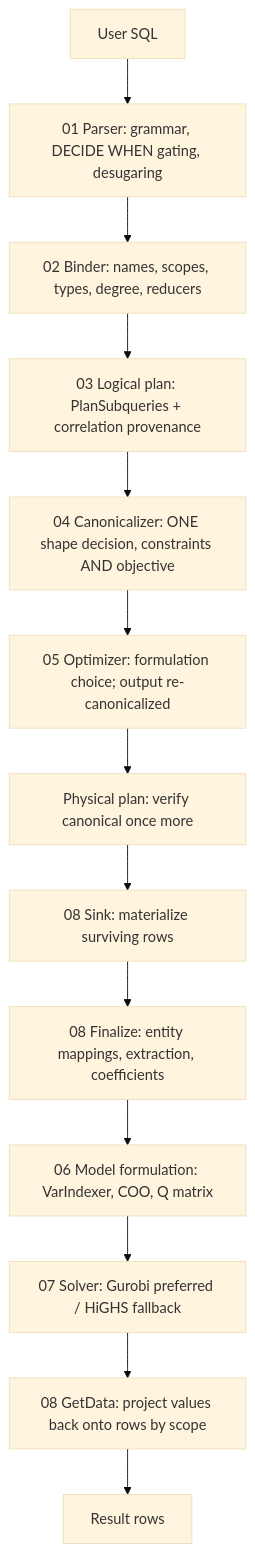
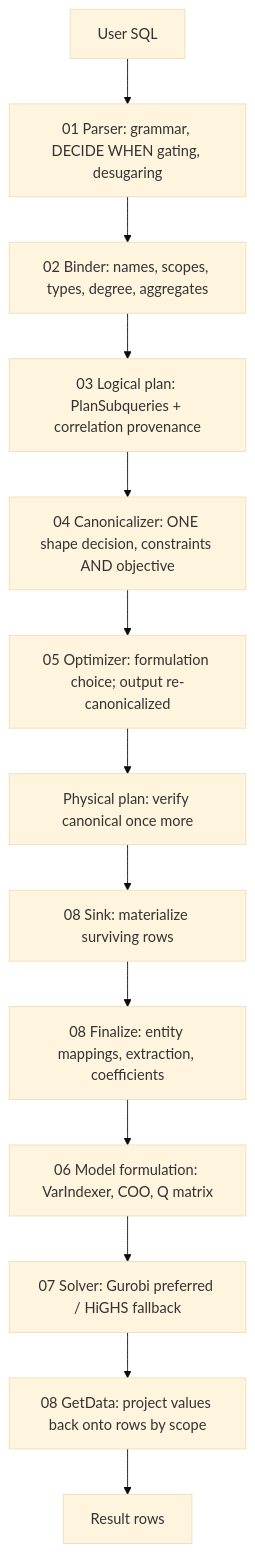
The diagram in context/descriptions/01_pipeline/architecture.md (huda-lab/decidb), drawn with Mermaid (base theme) before and after one commit. The commit also changed other lines of this file and 126 other files, not shown here.

````diff
--- a/context/descriptions/01_pipeline/architecture.md
+++ b/context/descriptions/01_pipeline/architecture.md
@@ -34,15 +34,15 @@
 ```mermaid
 graph TD
     User[User SQL] --> P[01 Parser: grammar, DECIDE WHEN gating, desugaring]
-    P --> B[02 Binder: names, scopes, types, degree, reducers]
+    P --> B[02 Binder: names, scopes, types, degree, aggregates]
     B --> L[03 Logical plan: PlanSubqueries + correlation provenance]
     L --> C[04 Canonicalizer: ONE shape decision, constraints AND objective]
     C --> O[05 Optimizer: formulation choice; output re-canonicalized]
     O --> PH[Physical plan: verify canonical once more]
     PH --> S[08 Sink: materialize surviving rows]
     S --> F[08 Finalize: entity mappings, extraction, coefficients]
     F --> M[06 Model formulation: VarIndexer, COO, Q matrix]
     M --> SV[07 Solver: Gurobi preferred / HiGHS fallback]
     SV --> R[08 GetData: project values back onto rows by scope]
     R --> Out[Result rows]
 ```
````
